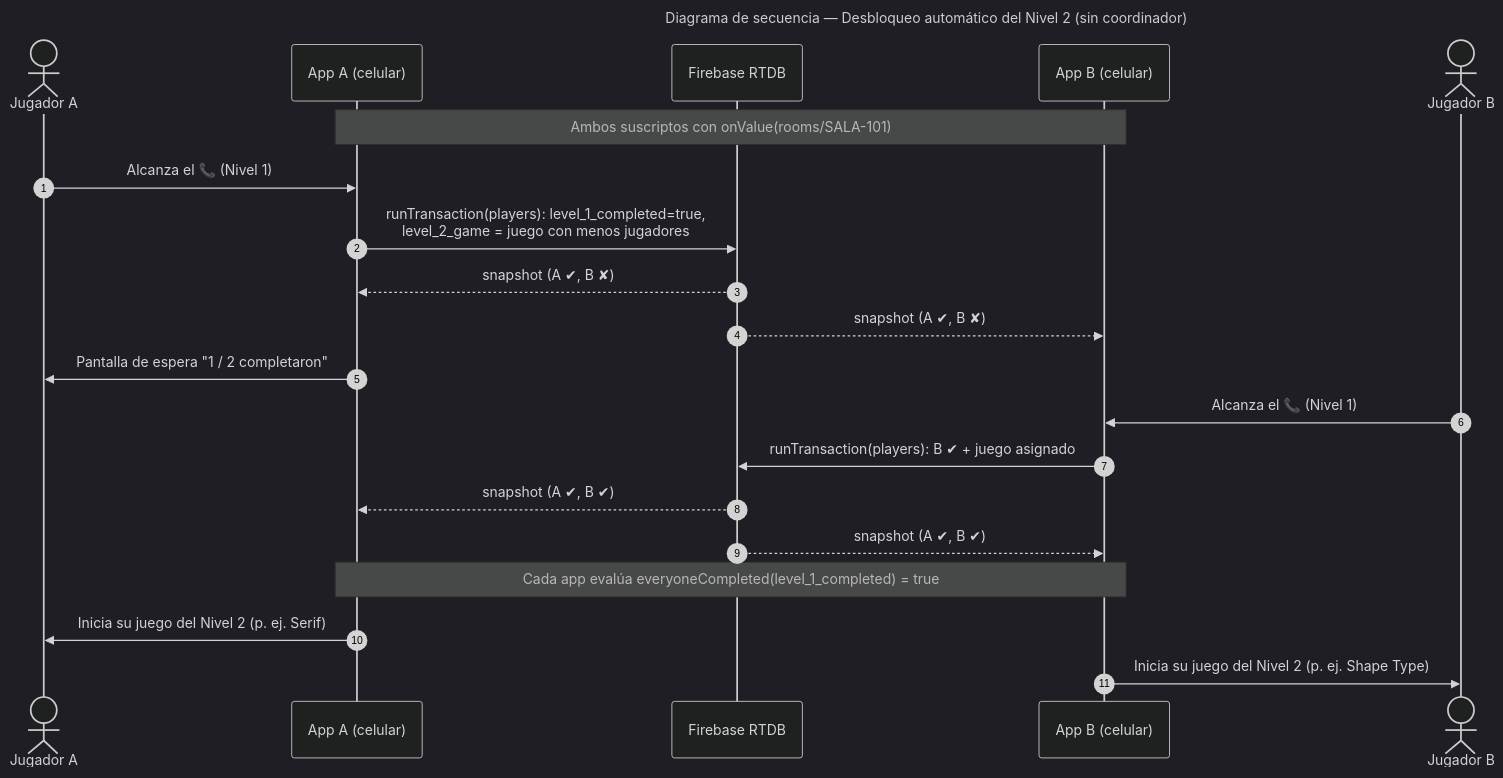
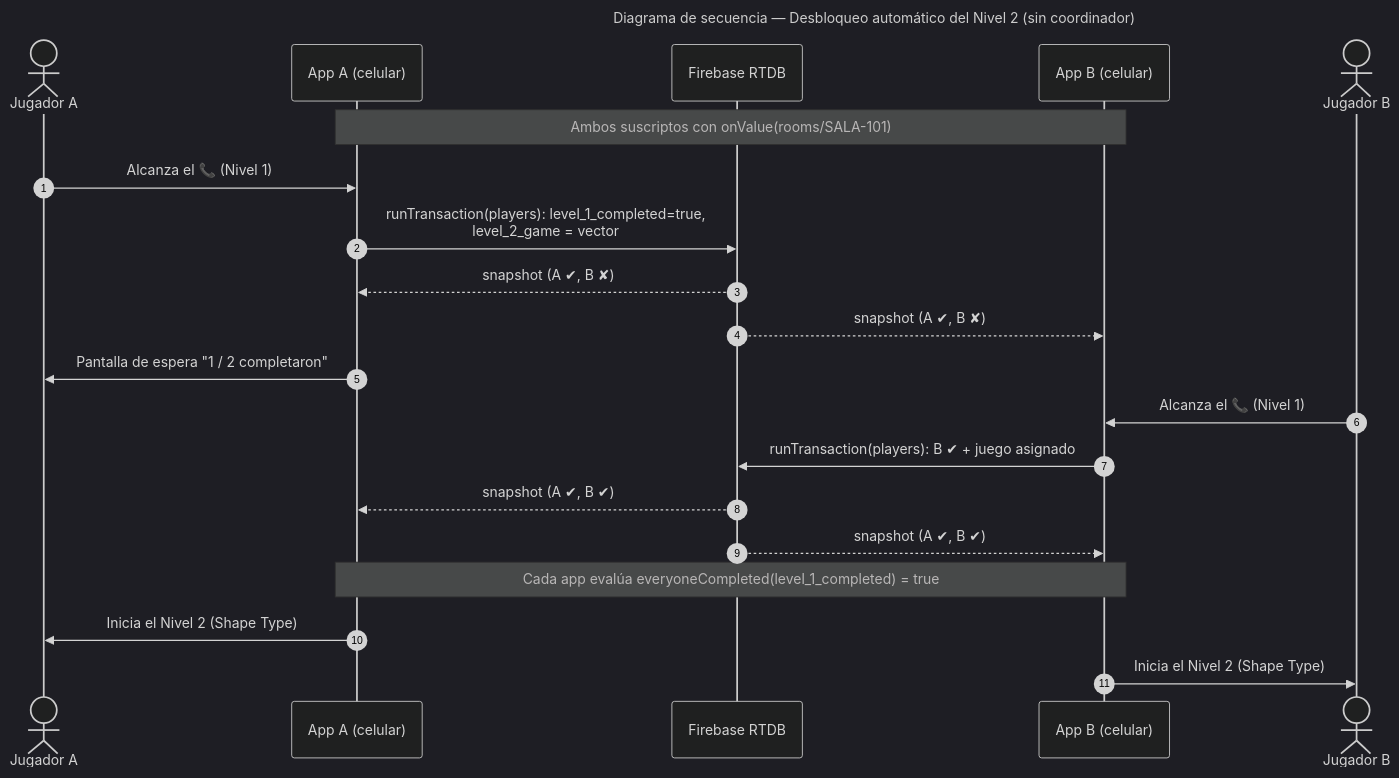
Before and after one commit to morphine75/escape_room: the diagram in docs/diagramas/fuentes/10-secuencia-desbloqueo.mmd, drawn with Mermaid (dark theme). The commit also changed 33 other files, not shown here.

First line of the commit message:
One game per level (remove Serif and Robot Ciego); static Level 1 maze

```diff
--- a/docs/diagramas/fuentes/10-secuencia-desbloqueo.mmd
+++ b/docs/diagramas/fuentes/10-secuencia-desbloqueo.mmd
@@ -1,24 +1,24 @@
 ---
 title: Diagrama de secuencia — Desbloqueo automático del Nivel 2 (sin coordinador)
 ---
 sequenceDiagram
   autonumber
   actor A as Jugador A
   participant AA as App A (celular)
   participant FB as Firebase RTDB
   participant AB as App B (celular)
   actor B as Jugador B
 
   Note over AA,AB: Ambos suscriptos con onValue(rooms/SALA-101)
   A->>AA: Alcanza el 📞 (Nivel 1)
-  AA->>FB: runTransaction(players): level_1_completed=true,<br/>level_2_game = juego con menos jugadores
+  AA->>FB: runTransaction(players): level_1_completed=true,<br/>level_2_game = vector
   FB-->>AA: snapshot (A ✔, B ✘)
   FB-->>AB: snapshot (A ✔, B ✘)
   AA->>A: Pantalla de espera "1 / 2 completaron"
   B->>AB: Alcanza el 📞 (Nivel 1)
   AB->>FB: runTransaction(players): B ✔ + juego asignado
   FB-->>AA: snapshot (A ✔, B ✔)
   FB-->>AB: snapshot (A ✔, B ✔)
   Note over AA,AB: Cada app evalúa everyoneCompleted(level_1_completed) = true
-  AA->>A: Inicia su juego del Nivel 2 (p. ej. Serif)
-  AB->>B: Inicia su juego del Nivel 2 (p. ej. Shape Type)
+  AA->>A: Inicia el Nivel 2 (Shape Type)
+  AB->>B: Inicia el Nivel 2 (Shape Type)
```
